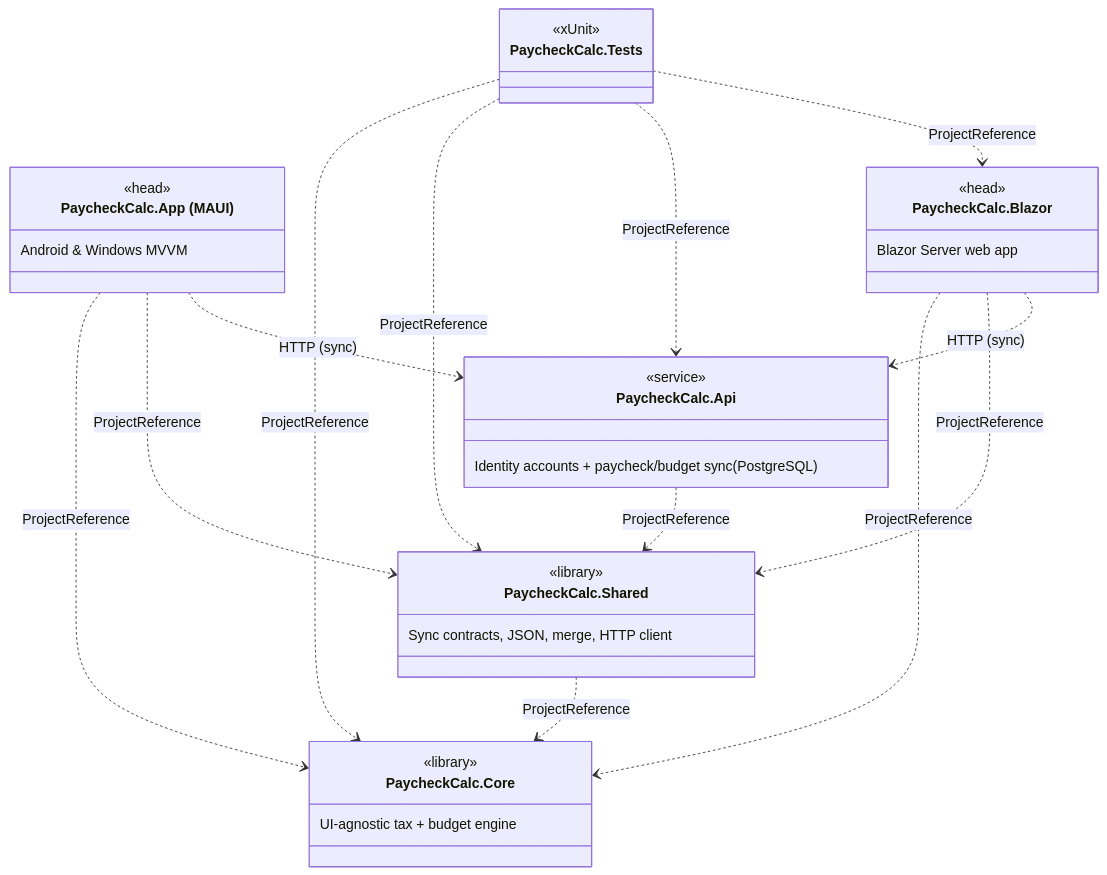
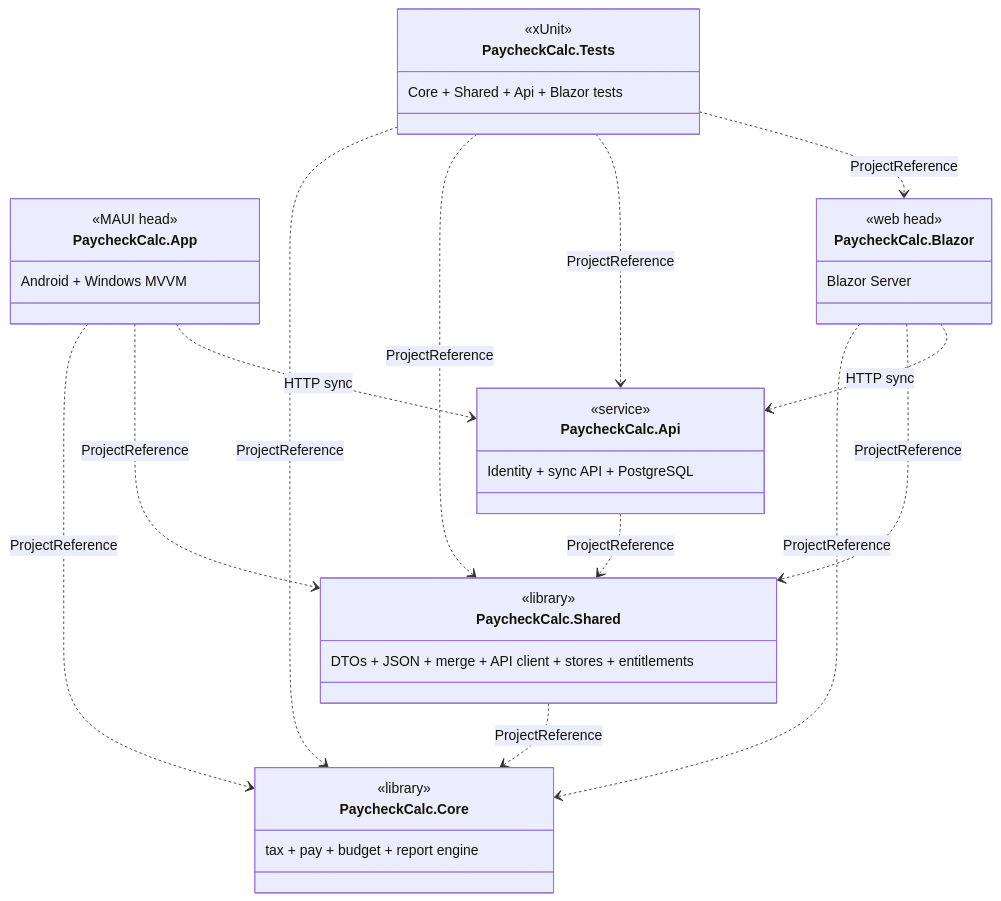
The first of 9 diagrams in docs/class-diagram.md (Fibonacci-0112/PaycheckCalculator), drawn with Mermaid before and after one commit. The commit also changed other lines of this file, not shown here.

Commit message:
Refresh architecture class diagram

````diff
--- a/docs/class-diagram.md
+++ b/docs/class-diagram.md
@@ -13,41 +9,42 @@
 ```mermaid
 classDiagram
     direction TB
 
     class Core["PaycheckCalc.Core"] {
         <<library>>
-        UI-agnostic tax + budget engine
+        tax + pay + budget + report engine
     }
     class Shared["PaycheckCalc.Shared"] {
         <<library>>
-        Sync contracts, JSON, merge, HTTP client
+        DTOs + JSON + merge + API client + stores + entitlements
     }
-    class App["PaycheckCalc.App (MAUI)"] {
-        <<head>>
-        Android & Windows MVVM
+    class App["PaycheckCalc.App"] {
+        <<MAUI head>>
+        Android + Windows MVVM
     }
     class Blazor["PaycheckCalc.Blazor"] {
-        <<head>>
-        Blazor Server web app
+        <<web head>>
+        Blazor Server
     }
     class Api["PaycheckCalc.Api"] {
         <<service>>
-        Identity accounts + paycheck/budget sync (PostgreSQL)
+        Identity + sync API + PostgreSQL
     }
     class Tests["PaycheckCalc.Tests"] {
         <<xUnit>>
+        Core + Shared + Api + Blazor tests
     }
 
     Shared ..> Core : ProjectReference
     App ..> Core : ProjectReference
     App ..> Shared : ProjectReference
     Blazor ..> Core : ProjectReference
     Blazor ..> Shared : ProjectReference
     Api ..> Shared : ProjectReference
     Tests ..> Core : ProjectReference
     Tests ..> Shared : ProjectReference
     Tests ..> Api : ProjectReference
     Tests ..> Blazor : ProjectReference
-    App ..> Api : HTTP (sync)
-    Blazor ..> Api : HTTP (sync)
+    App ..> Api : HTTP sync
+    Blazor ..> Api : HTTP sync
 ```
````
